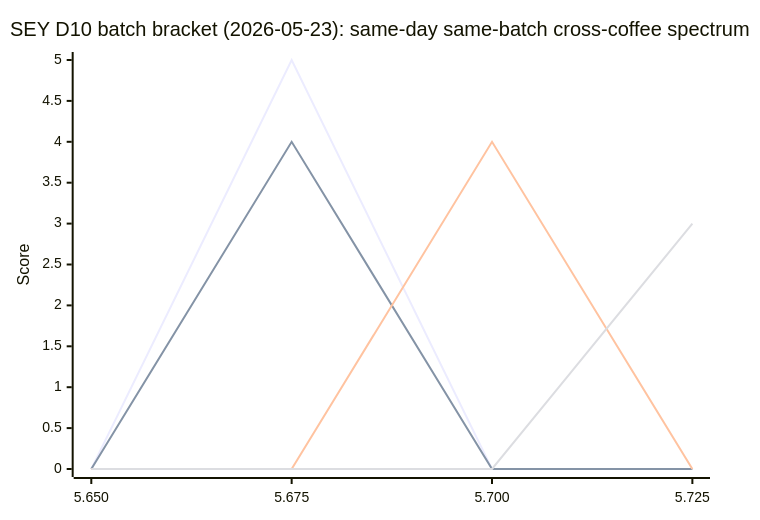
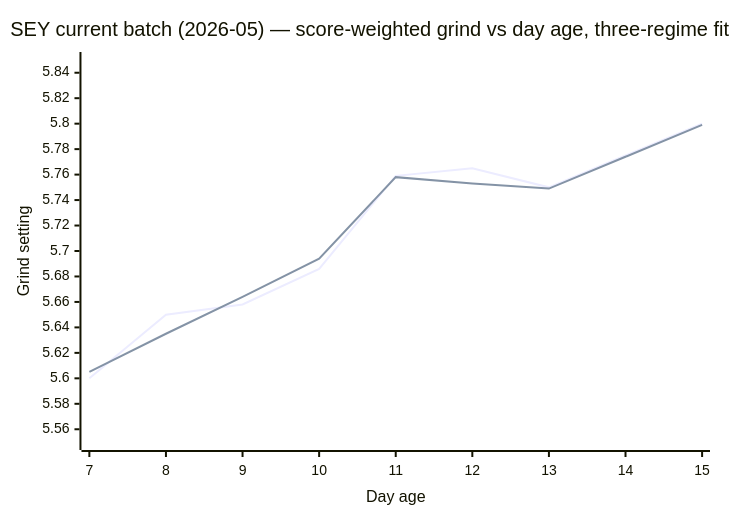
One commit to manuscriptmastr/coffee-journal changed the second of 9 diagrams in joshua-martin/profile.md. Above: the diagram before and after it, drawn with Mermaid. The commit also changed other lines of this file and 1 other file, not shown here.

First line of the commit message:
SEY current batch: D11–D13 anchors + three-regime trajectory chart (CO₂-degas step-shift D10→D11, post-CO₂ plateau D11–D13)

````diff
--- a/joshua-martin/profile.md
+++ b/joshua-martin/profile.md
@@ -252,10 +270,8 @@
 ```mermaid
 xychart-beta
-    title "SEY D10 batch bracket (2026-05-23): same-day same-batch cross-coffee spectrum"
-    x-axis ["5.650", "5.675", "5.700", "5.725"]
-    y-axis "Score" 0 --> 5
-    line [0, 5, 0, 0]
-    line [0, 4, 0, 0]
-    line [0, 0, 4, 0]
-    line [0, 0, 0, 3]
+    title "SEY current batch (2026-05) — score-weighted grind vs day age, three-regime fit"
+    x-axis "Day age" 7 --> 15
+    y-axis "Grind setting" 5.55 --> 5.85
+    line [5.600, 5.650, 5.658, 5.686, 5.759, 5.765, 5.750, 5.775, 5.800]
+    line [5.605, 5.635, 5.664, 5.694, 5.758, 5.753, 5.749, 5.774, 5.799]
 ```
````
